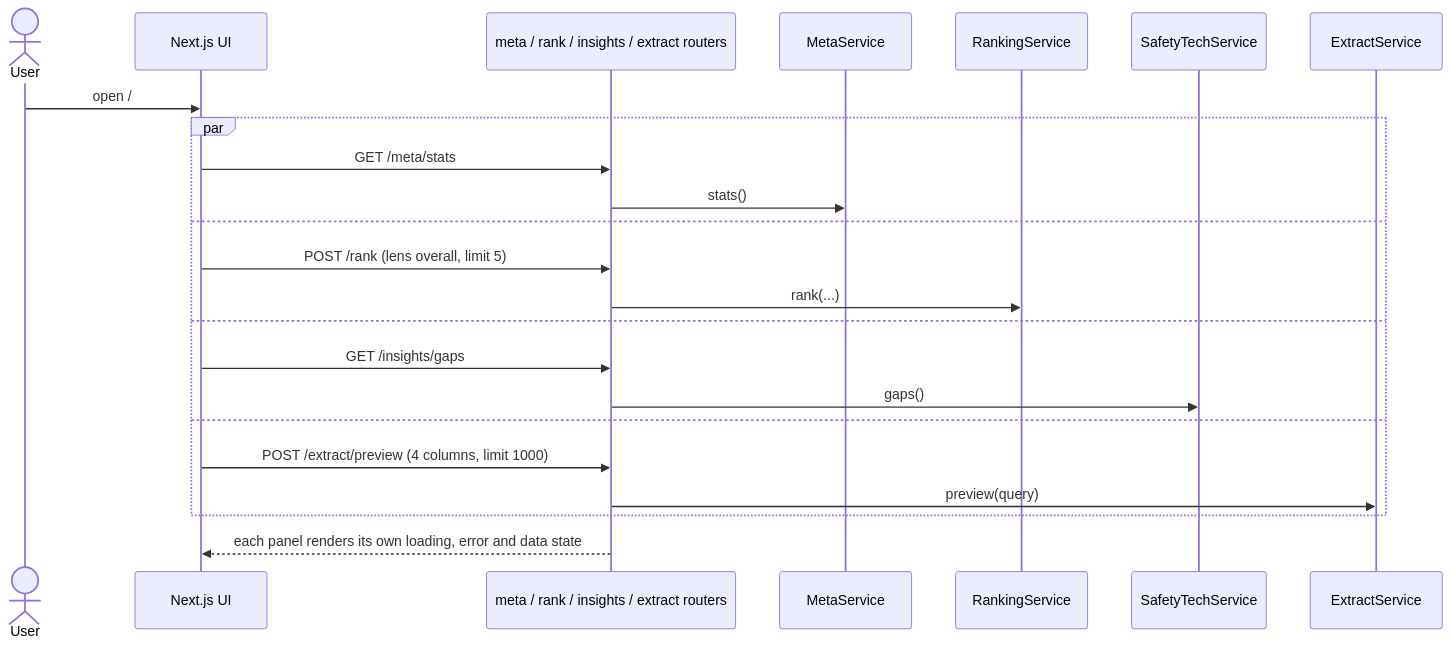
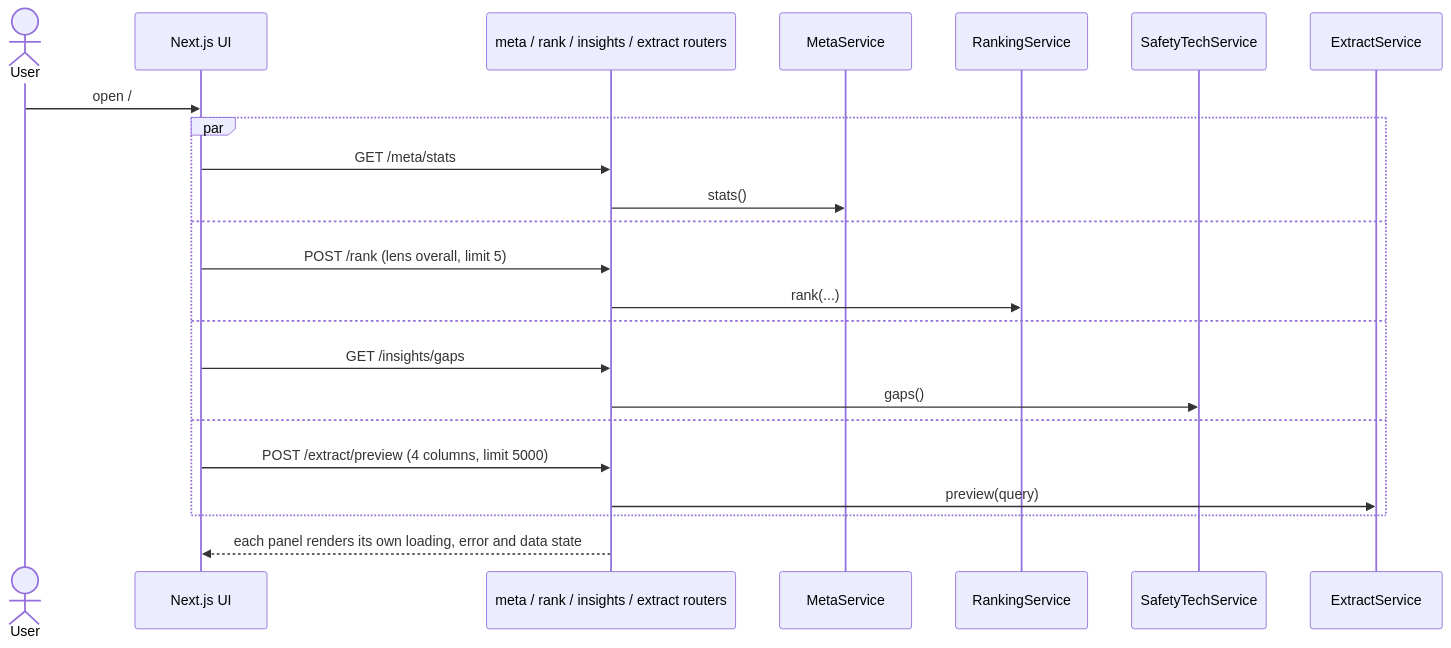
The diagram in src/ui/content/architecture/flows/cf-11.mmd (AyaanAsish/flamescope), drawn with Mermaid before and after one commit. The commit also changed 140 other files, not shown here.

```diff
--- a/src/ui/content/architecture/flows/cf-11.mmd
+++ b/src/ui/content/architecture/flows/cf-11.mmd
@@ -1,23 +1,23 @@
 sequenceDiagram
   actor U as User
   participant UI as Next.js UI
   participant API as meta / rank / insights / extract routers
   participant META as MetaService
   participant RANK as RankingService
   participant ST as SafetyTechService
   participant EXT as ExtractService
   U->>UI: open /
   par
     UI->>API: GET /meta/stats
     API->>META: stats()
   and
     UI->>API: POST /rank (lens overall, limit 5)
     API->>RANK: rank(...)
   and
     UI->>API: GET /insights/gaps
     API->>ST: gaps()
   and
-    UI->>API: POST /extract/preview (4 columns, limit 1000)
+    UI->>API: POST /extract/preview (4 columns, limit 5000)
     API->>EXT: preview(query)
   end
   API-->>UI: each panel renders its own loading, error and data state
```
